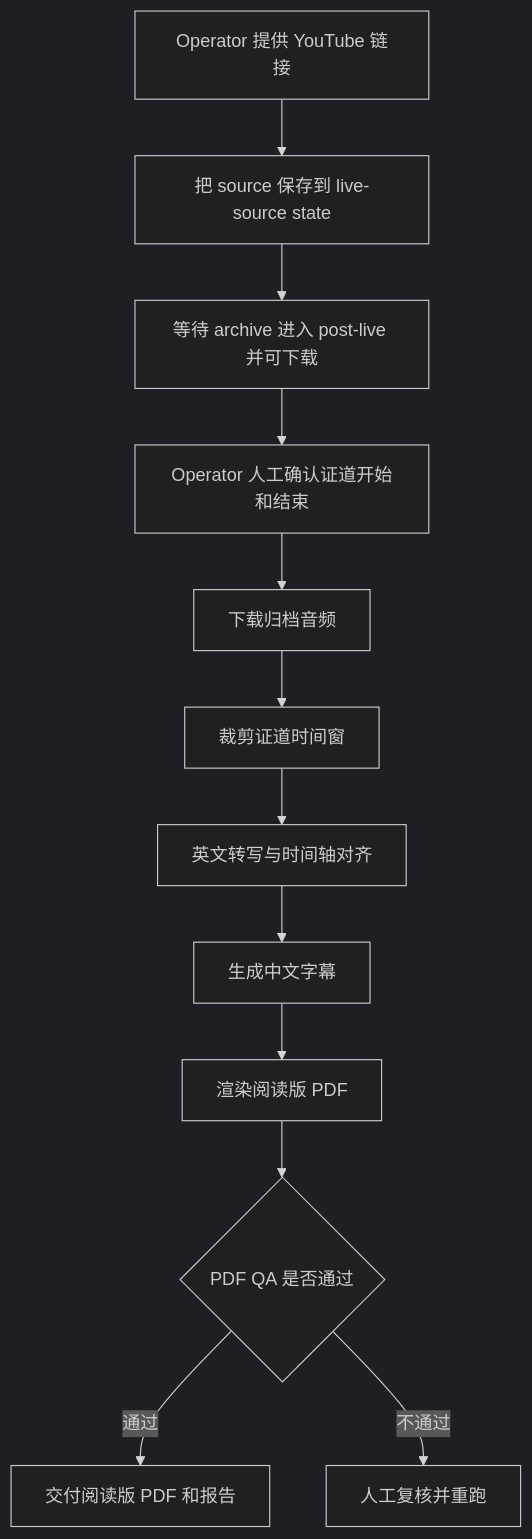
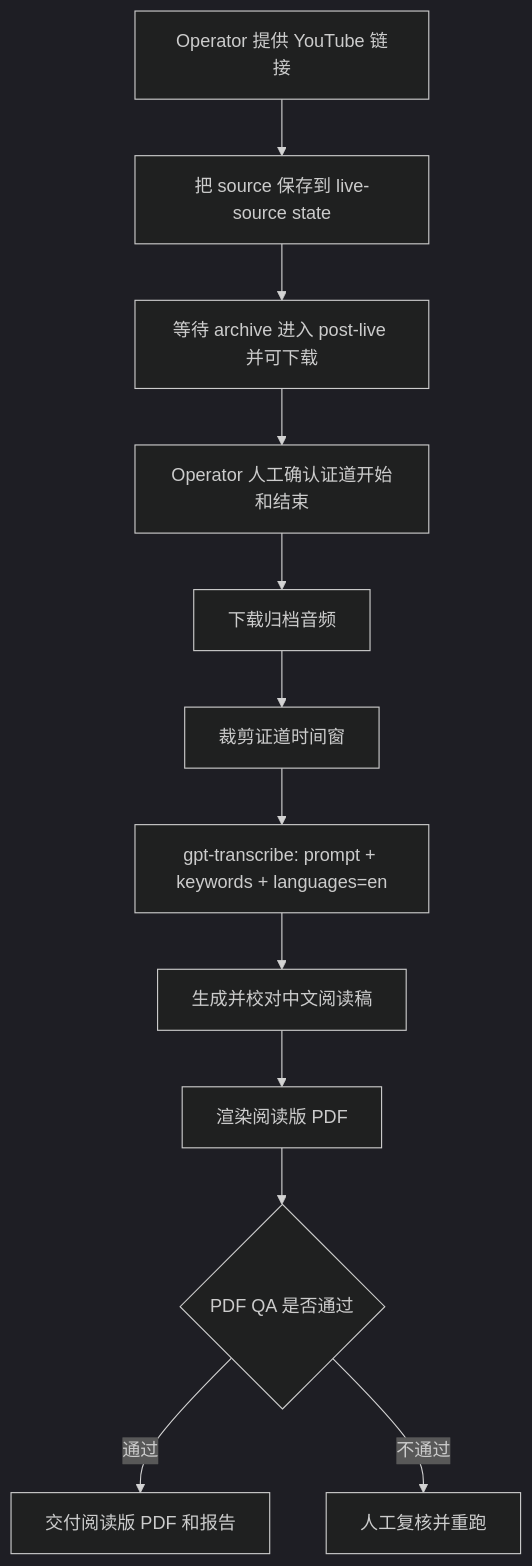
Before and after one commit to JonathanJing/sermon-video-zh-subtitles: the diagram in README.zh.md, drawn with Mermaid (dark theme). The commit also changed other lines of this file and 19 other files, not shown here.

Commit message:
Promote gpt-transcribe reading PDF workflow

````diff
--- a/README.zh.md
+++ b/README.zh.md
@@ -39,14 +39,14 @@
 ```mermaid
 flowchart TD
     A[Operator 提供 YouTube 链接] --> B[把 source 保存到 live-source state]
     B --> C[等待 archive 进入 post-live 并可下载]
     C --> D[Operator 人工确认证道开始和结束]
     D --> E[下载归档音频]
     E --> F[裁剪证道时间窗]
-    F --> G[英文转写与时间轴对齐]
-    G --> H[生成中文字幕]
+    F --> G["gpt-transcribe: prompt + keywords + languages=en"]
+    G --> H[生成并校对中文阅读稿]
     H --> I[渲染阅读版 PDF]
     I --> J{PDF QA 是否通过}
     J -- 通过 --> K[交付阅读版 PDF 和报告]
     J -- 不通过 --> L[人工复核并重跑]
 ```
````
